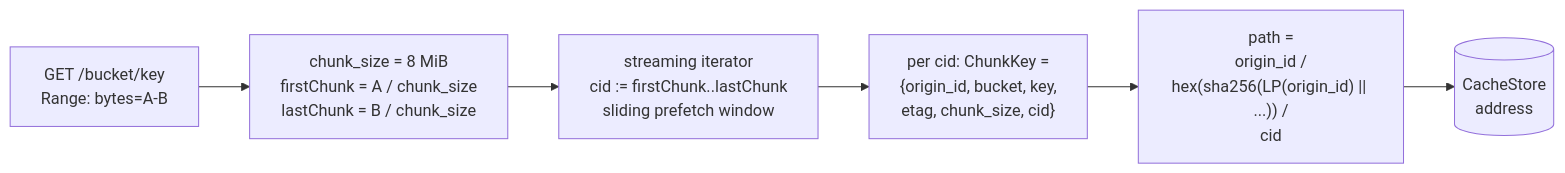
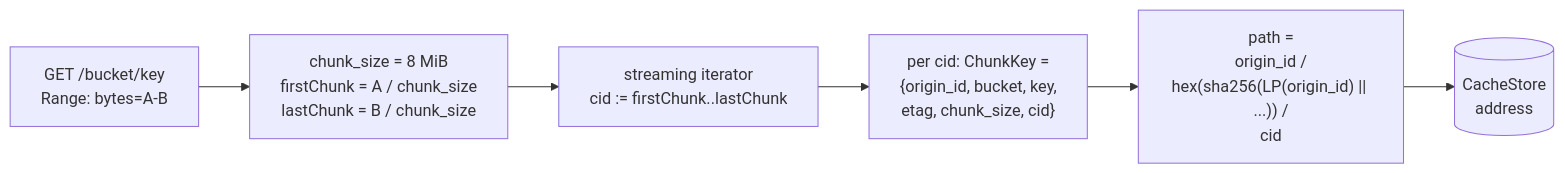
The second of 7 diagrams in design/orca/design.md (Azure/unbounded), drawn with Mermaid before and after one commit. The commit also changed other lines of this file and 5 other files, not shown here.

````diff
--- a/design/orca/design.md
+++ b/design/orca/design.md
@@ -410,8 +278,8 @@
 ```mermaid
 flowchart LR
     Req["GET /bucket/key<br/>Range: bytes=A-B"] --> Math["chunk_size = 8 MiB<br/>firstChunk = A / chunk_size<br/>lastChunk  = B / chunk_size"]
-    Math --> Iter["streaming iterator<br/>cid := firstChunk..lastChunk<br/>sliding prefetch window"]
+    Math --> Iter["streaming iterator<br/>cid := firstChunk..lastChunk"]
     Iter --> Keys["per cid: ChunkKey =<br/>{origin_id, bucket, key,<br/>etag, chunk_size, cid}"]
     Keys --> Path["path =<br/>origin_id /<br/>hex(sha256(LP(origin_id) || ...)) /<br/>cid"]
     Path --> CS[("CacheStore<br/>address")]
 ```
````
